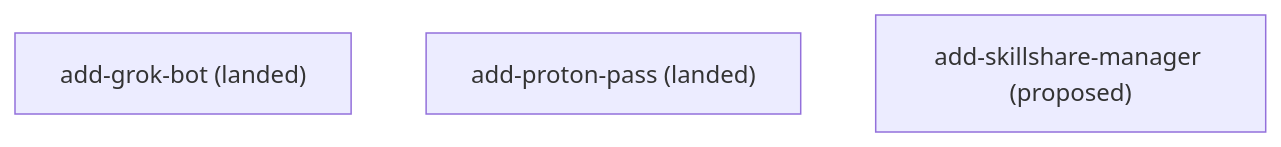
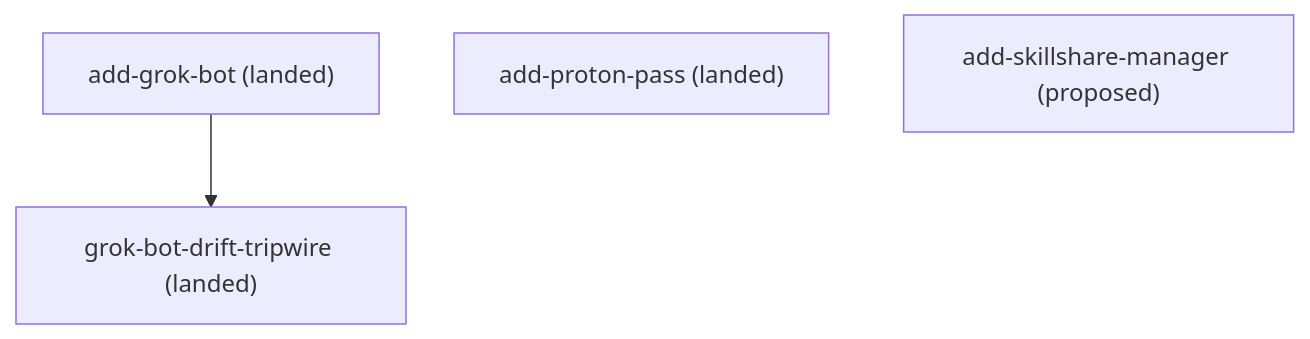
The diagram in docs/roadmap.md (kli66/something-terrible), drawn with Mermaid before and after one commit. The commit also changed other lines of this file and 5 other files, not shown here.

First line of the commit message:
feat: fail the build when grok-bot outruns the pin

````diff
--- a/docs/roadmap.md
+++ b/docs/roadmap.md
@@ -23,6 +24,8 @@
 ```mermaid
 flowchart TD
     add_grok_bot["add-grok-bot (landed)"]
     add_proton_pass["add-proton-pass (landed)"]
     add_skillshare_manager["add-skillshare-manager (proposed)"]
+    grok_bot_drift_tripwire["grok-bot-drift-tripwire (landed)"]
+    add_grok_bot --> grok_bot_drift_tripwire
 ```
````
